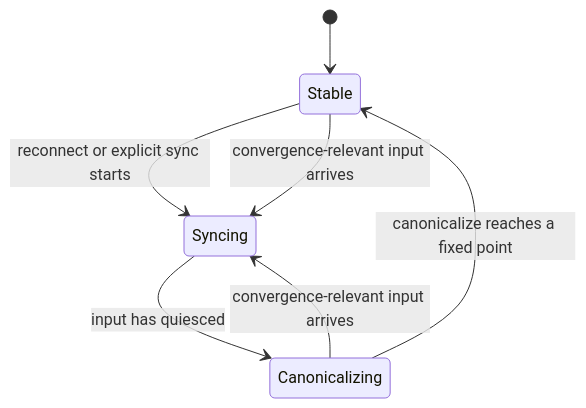
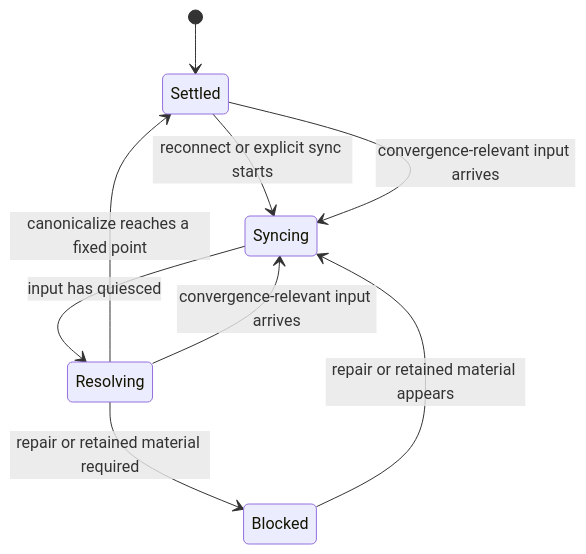
The first of 3 diagrams in docs/marmot-architecture/cgka-engine-canonicalization-contract.md (marmot-protocol/darkmatter), drawn with Mermaid before and after one commit. The commit also changed other lines of this file and 28 other files, not shown here.

````diff
--- a/docs/marmot-architecture/cgka-engine-canonicalization-contract.md
+++ b/docs/marmot-architecture/cgka-engine-canonicalization-contract.md
@@ -58,9 +58,11 @@
 ```mermaid
 stateDiagram-v2
-    [*] --> Stable
-    Stable --> Syncing: reconnect or explicit sync starts
-    Syncing --> Canonicalizing: input has quiesced
-    Canonicalizing --> Stable: canonicalize reaches a fixed point
-    Canonicalizing --> Syncing: convergence-relevant input arrives
-    Stable --> Syncing: convergence-relevant input arrives
+    [*] --> Settled
+    Settled --> Syncing: reconnect or explicit sync starts
+    Syncing --> Resolving: input has quiesced
+    Resolving --> Settled: canonicalize reaches a fixed point
+    Resolving --> Blocked: repair or retained material required
+    Resolving --> Syncing: convergence-relevant input arrives
+    Settled --> Syncing: convergence-relevant input arrives
+    Blocked --> Syncing: repair or retained material appears
 ```
````
